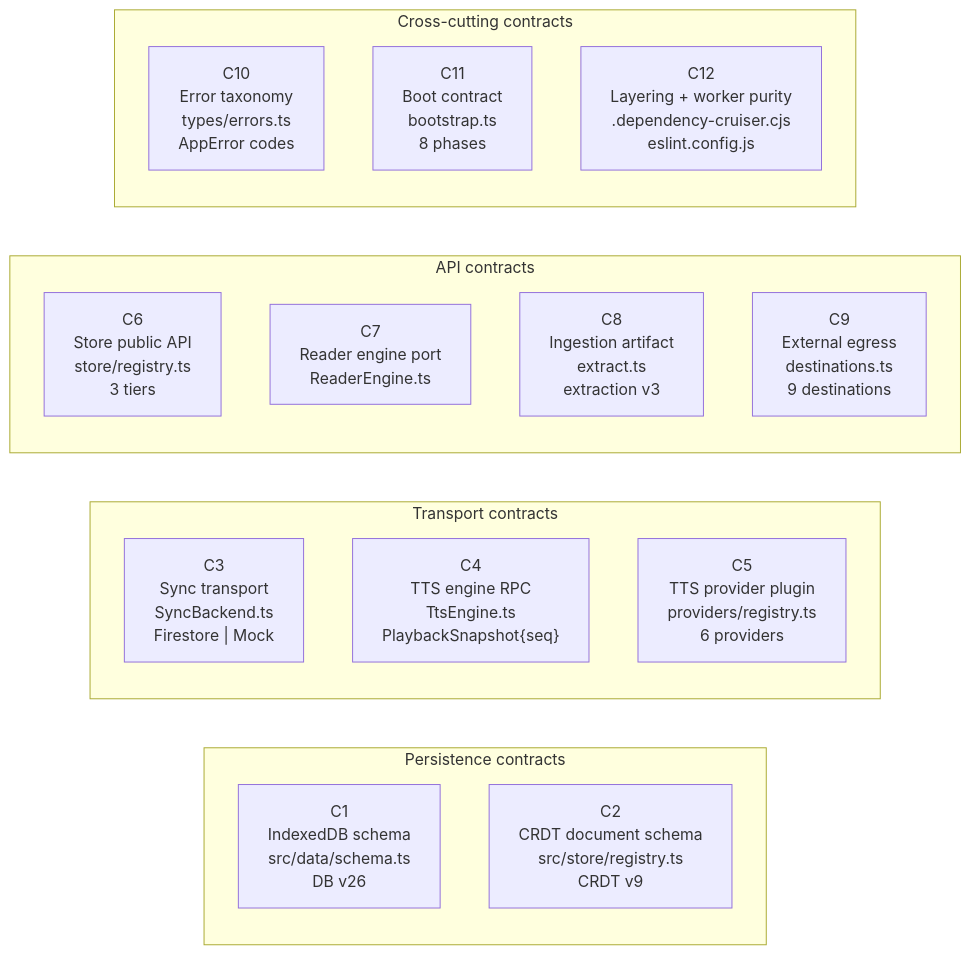
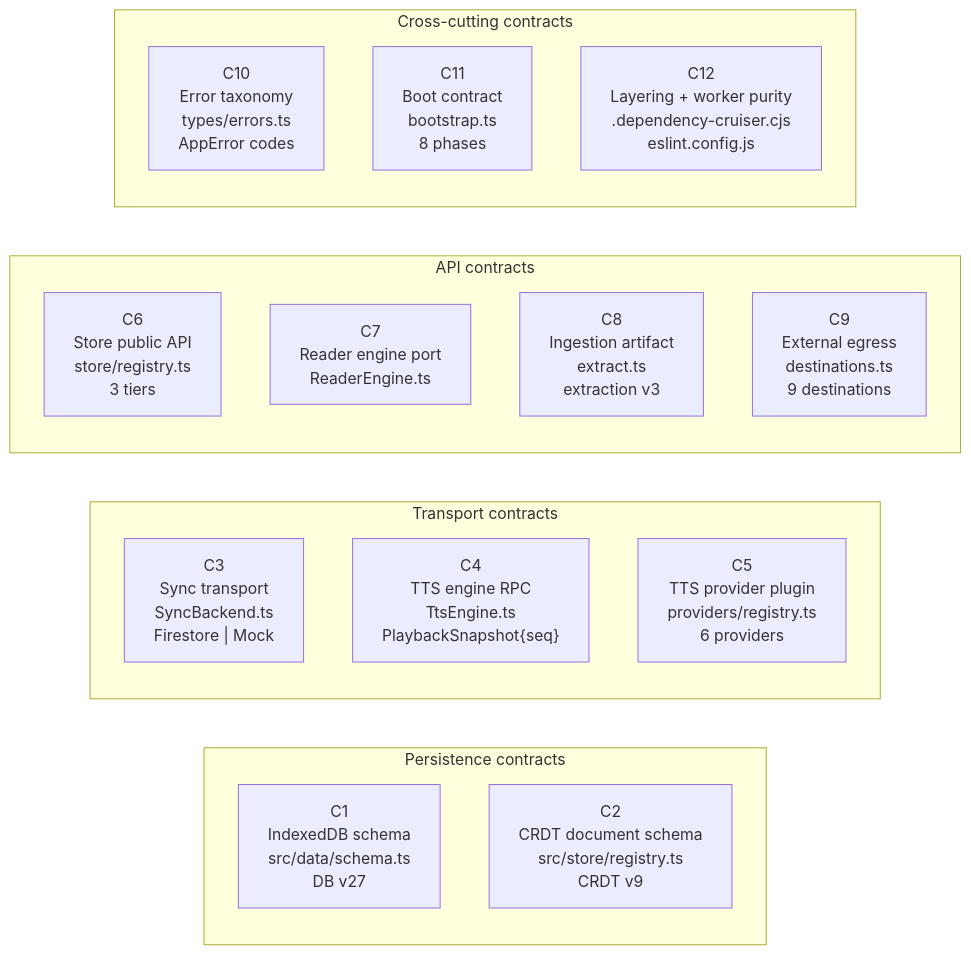
The fourth of 10 diagrams in docs/comprehensive/10-architecture-overview.md (vrwarp/versicle), drawn with Mermaid before and after one commit. The commit also changed other lines of this file and 17 other files, not shown here.

````diff
--- a/docs/comprehensive/10-architecture-overview.md
+++ b/docs/comprehensive/10-architecture-overview.md
@@ -412,23 +443,23 @@
 ```mermaid
 graph LR
     subgraph "Persistence contracts"
-        C1["C1\nIndexedDB schema\nsrc/data/schema.ts\nDB v26"]
+        C1["C1\nIndexedDB schema\nsrc/data/schema.ts\nDB v27"]
         C2["C2\nCRDT document schema\nsrc/store/registry.ts\nCRDT v9"]
     end
     subgraph "Transport contracts"
         C3["C3\nSync transport\nSyncBackend.ts\nFirestore | Mock"]
         C4["C4\nTTS engine RPC\nTtsEngine.ts\nPlaybackSnapshot{seq}"]
         C5["C5\nTTS provider plugin\nproviders/registry.ts\n6 providers"]
     end
     subgraph "API contracts"
         C6["C6\nStore public API\nstore/registry.ts\n3 tiers"]
         C7["C7\nReader engine port\nReaderEngine.ts"]
         C8["C8\nIngestion artifact\nextract.ts\nextraction v3"]
         C9["C9\nExternal egress\ndestinations.ts\n9 destinations"]
     end
     subgraph "Cross-cutting contracts"
         C10["C10\nError taxonomy\ntypes/errors.ts\nAppError codes"]
         C11["C11\nBoot contract\nbootstrap.ts\n8 phases"]
         C12["C12\nLayering + worker purity\n.dependency-cruiser.cjs\neslint.config.js"]
     end
 ```
````
